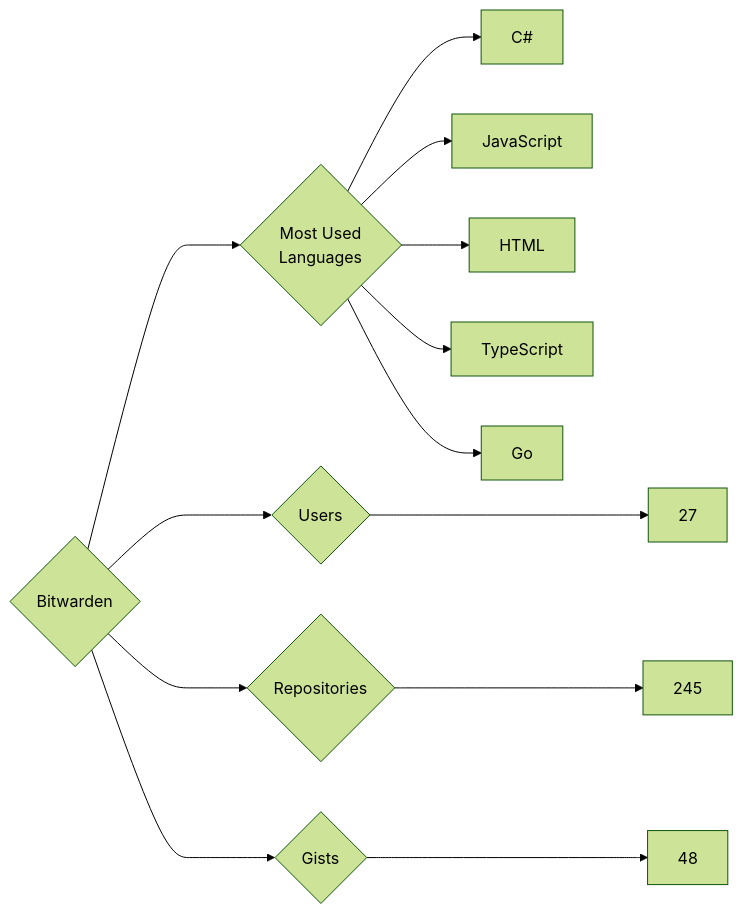
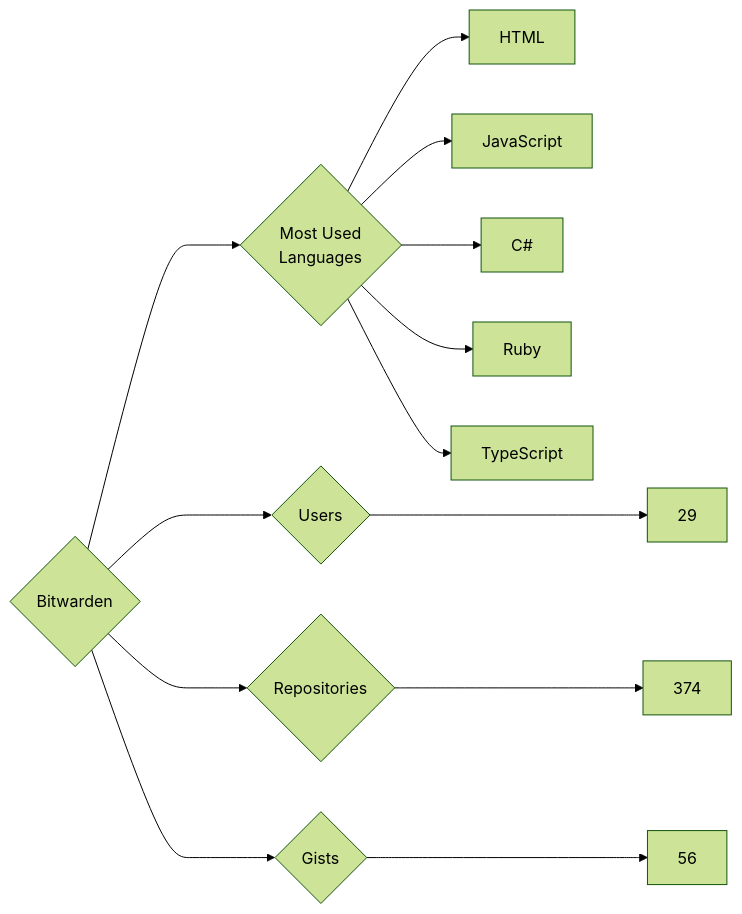
One commit to trickest/insiders changed the diagram in targets/Bitwarden/README.md. Above: the diagram before and after it, drawn with Mermaid (forest theme). The commit also changed 749 other files, not shown here.

````diff
--- a/targets/Bitwarden/README.md
+++ b/targets/Bitwarden/README.md
@@ -3,13 +3,13 @@
 ```mermaid
 graph LR
 COMPANY_NAME{Bitwarden}
-COMPANY_NAME ---> U{Users} ---> UN[27]
-COMPANY_NAME ---> R{Repositories} ---> RN[245]
-COMPANY_NAME ---> G{Gists} ---> GN[48]
+COMPANY_NAME ---> U{Users} ---> UN[29]
+COMPANY_NAME ---> R{Repositories} ---> RN[374]
+COMPANY_NAME ---> G{Gists} ---> GN[56]
 COMPANY_NAME ---> ML{Most Used<br>Languages}
+ML --> HTML[HTML]
+ML --> JavaScript[JavaScript]
 ML --> C#[C#]
-ML --> JavaScript[JavaScript]
-ML --> HTML[HTML]
+ML --> Ruby[Ruby]
 ML --> TypeScript[TypeScript]
-ML --> Go[Go]
 ```
````
